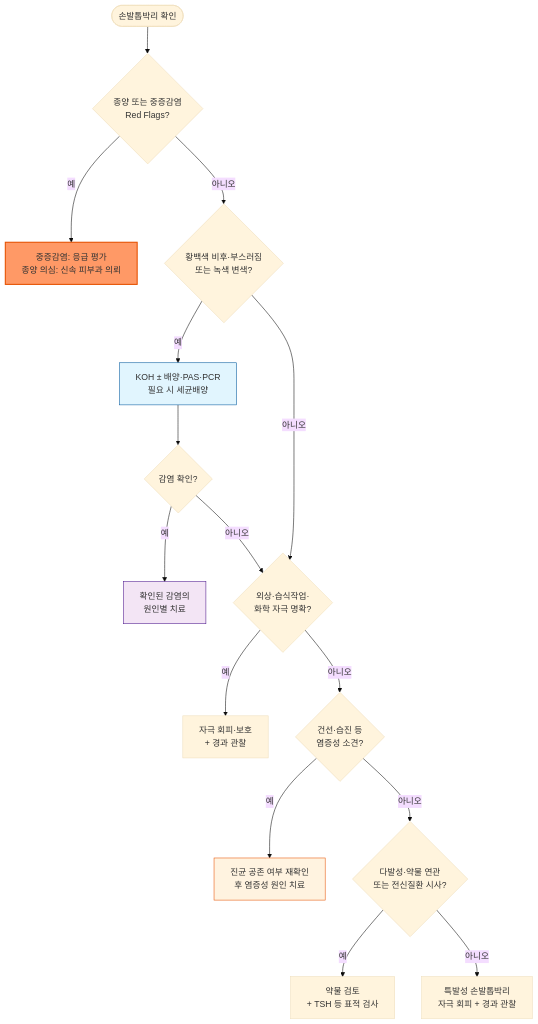
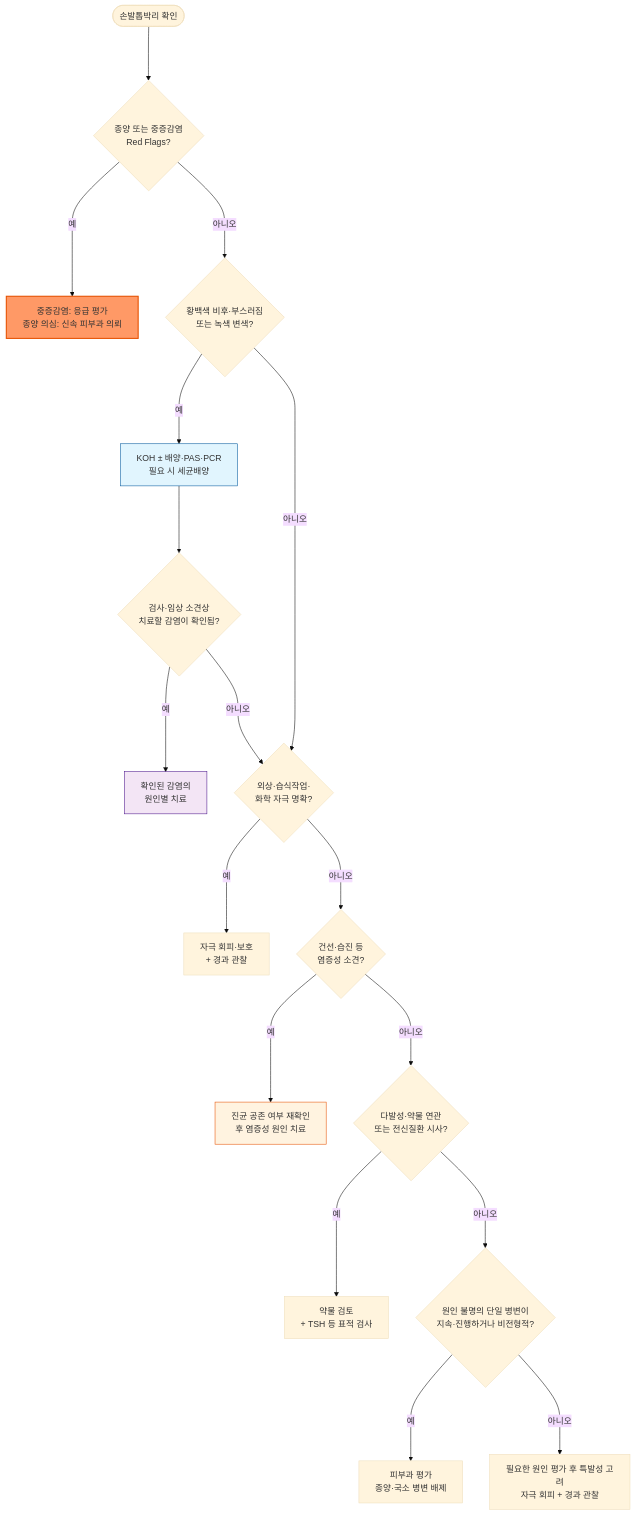
Before and after one commit to familyoh77/familyoh77: the diagram in 229_/175_-onycholysis.md, drawn with Mermaid (base theme). The commit also changed other lines of this file and 3 other files, not shown here.

````diff
--- a/229_/175_-onycholysis.md
+++ b/229_/175_-onycholysis.md
@@ -123,22 +124,24 @@
 ```mermaid
 graph TD
-    A([손발톱박리 확인]) --> B{종양 또는 중증감염\nRed Flags?}
-    B -->|예| C[중증감염: 응급 평가\n종양 의심: 신속 피부과 의뢰]
-    B -->|아니오| D{황백색 비후·부스러짐\n또는 녹색 변색?}
-    D -->|예| E[KOH ± 배양·PAS·PCR\n필요 시 세균배양]
-    E --> F{감염 확인?}
-    F -->|예| N[확인된 감염의\n원인별 치료]
-    F -->|아니오| G
-    D -->|아니오| G{외상·습식작업·\n화학 자극 명확?}
-    G -->|예| H[자극 회피·보호\n+ 경과 관찰]
-    G -->|아니오| I{건선·습진 등\n염증성 소견?}
-    I -->|예| J[진균 공존 여부 재확인\n후 염증성 원인 치료]
-    I -->|아니오| K{다발성·약물 연관\n또는 전신질환 시사?}
-    K -->|예| L[약물 검토\n+ TSH 등 표적 검사]
-    K -->|아니오| M[특발성 손발톱박리\n자극 회피 + 경과 관찰]
+    A(["손발톱박리 확인"]) ---> B{"종양 또는 중증감염<br/>Red Flags?"}
+    B --->|예| C["중증감염: 응급 평가<br/>종양 의심: 신속 피부과 의뢰"]
+    B --->|아니오| D{"황백색 비후·부스러짐<br/>또는 녹색 변색?"}
+    D --->|예| E["KOH ± 배양·PAS·PCR<br/>필요 시 세균배양"]
+    E ---> F{"검사·임상 소견상<br/>치료할 감염이 확인됨?"}
+    F --->|예| N["확인된 감염의<br/>원인별 치료"]
+    F --->|아니오| G
+    D --->|아니오| G{"외상·습식작업·<br/>화학 자극 명확?"}
+    G --->|예| H["자극 회피·보호<br/>+ 경과 관찰"]
+    G --->|아니오| I{"건선·습진 등<br/>염증성 소견?"}
+    I --->|예| J["진균 공존 여부 재확인<br/>후 염증성 원인 치료"]
+    I --->|아니오| K{"다발성·약물 연관<br/>또는 전신질환 시사?"}
+    K --->|예| L["약물 검토<br/>+ TSH 등 표적 검사"]
+    K --->|아니오| Q{"원인 불명의 단일 병변이<br/>지속·진행하거나 비전형적?"}
+    Q --->|예| R["피부과 평가<br/>종양·국소 병변 배제"]
+    Q --->|아니오| M["필요한 원인 평가 후 특발성 고려<br/>자극 회피 + 경과 관찰"]
 
     style C fill:#f96,stroke:#e65100,stroke-width:2px
     style E fill:#e1f5fe,stroke:#01579b
     style N fill:#f3e5f5,stroke:#4a148c
     style J fill:#fff3e0,stroke:#e65100
 ```
````
